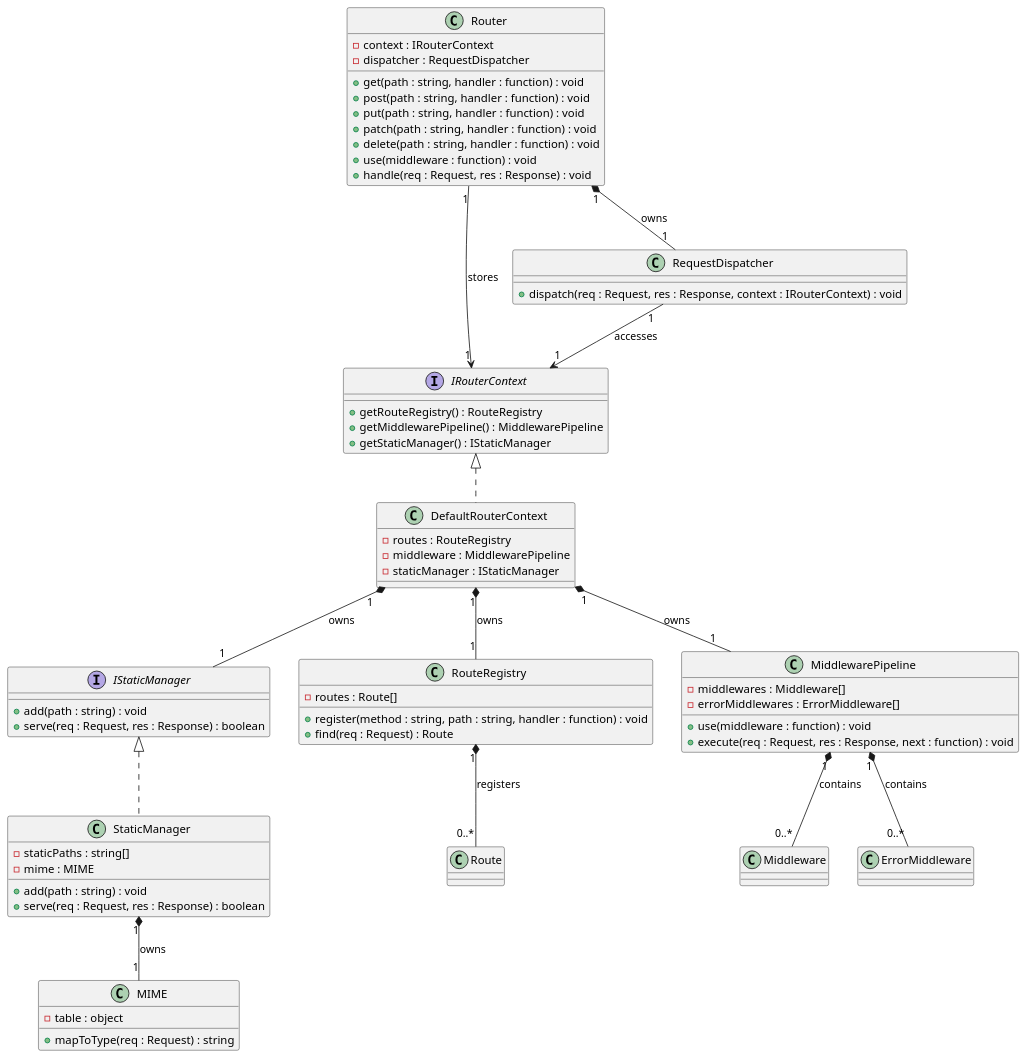
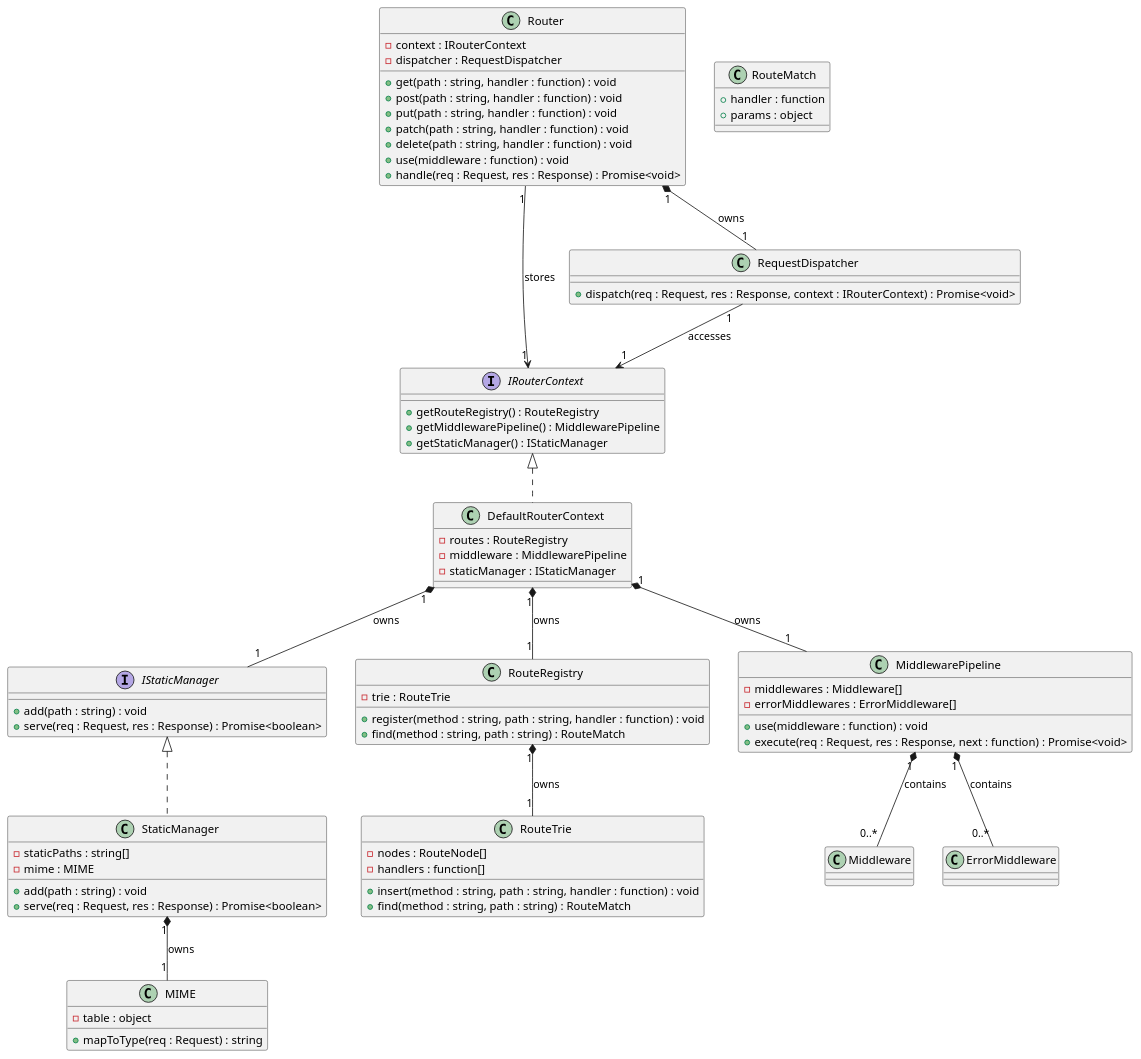
Before and after one commit to Ali-Wael-Hassan/duck-node-router: the diagram in docs/class diagrams/diagram.puml, drawn with PlantUML. The commit also changed 3 other files, not shown here.

Commit message:
Implemented: RouteTrie, RouteRegistry. Updated: class diagram

```diff
--- a/docs/class diagrams/diagram.puml
+++ b/docs/class diagrams/diagram.puml
@@ -1,84 +1,98 @@
 @startuml Router
 
 interface IRouterContext {
     {method} + getRouteRegistry() : RouteRegistry
     {method} + getMiddlewarePipeline() : MiddlewarePipeline
     {method} + getStaticManager() : IStaticManager
 }
 
 interface IStaticManager {
     {method} + add(path : string) : void
-    {method} + serve(req : Request, res : Response) : boolean
+    {method} + serve(req : Request, res : Response) : Promise<boolean>
 }
 
 class DefaultRouterContext {
     {field} - routes : RouteRegistry
     {field} - middleware : MiddlewarePipeline
     {field} - staticManager : IStaticManager
 }
 
 class Router {
     {field} - context : IRouterContext
     {field} - dispatcher : RequestDispatcher
 
     {method} + get(path : string, handler : function) : void
     {method} + post(path : string, handler : function) : void
     {method} + put(path : string, handler : function) : void
     {method} + patch(path : string, handler : function) : void
     {method} + delete(path : string, handler : function) : void
     {method} + use(middleware : function) : void
-    {method} + handle(req : Request, res : Response) : void
+    {method} + handle(req : Request, res : Response) : Promise<void>
 }
 
 class RouteRegistry {
-    {field} - routes : Route[]
+    {field} - trie : RouteTrie
 
     {method} + register(method : string, path : string, handler : function) : void
-    {method} + find(req : Request) : Route
+    {method} + find(method : string, path : string) : RouteMatch
+}
+
+class RouteTrie {
+    {field} - nodes : RouteNode[]
+    {field} - handlers : function[]
+
+    {method} + insert(method : string, path : string, handler : function) : void
+    {method} + find(method : string, path : string) : RouteMatch
 }
 
 class MiddlewarePipeline {
     {field} - middlewares : Middleware[]
     {field} - errorMiddlewares : ErrorMiddleware[]
 
     {method} + use(middleware : function) : void
-    {method} + execute(req : Request, res : Response, next : function) : void
+    {method} + execute(req : Request, res : Response, next : function) : Promise<void>
 }
 
 class StaticManager {
     {field} - staticPaths : string[]
     {field} - mime : MIME
 
     {method} + add(path : string) : void
-    {method} + serve(req : Request, res : Response) : boolean
+    {method} + serve(req : Request, res : Response) : Promise<boolean>
 }
 
 class RequestDispatcher {
-    {method} + dispatch(req : Request, res : Response, context : IRouterContext) : void
+    {method} + dispatch(req : Request, res : Response, context : IRouterContext) : Promise<void>
 }
 
 class MIME {
     {field} - table : object
 
     {method} + mapToType(req : Request) : string
+}
+
+class RouteMatch {
+    {field} + handler : function
+    {field} + params : object
 }
 
 IRouterContext <|.. DefaultRouterContext
 IStaticManager <|.. StaticManager
 
 Router "1" *-- "1" RequestDispatcher : owns
 Router "1" --> "1" IRouterContext : stores
 
 DefaultRouterContext "1" *-- "1" RouteRegistry : owns
 DefaultRouterContext "1" *-- "1" MiddlewarePipeline : owns
 DefaultRouterContext "1" *-- "1" IStaticManager : owns
 
-RouteRegistry "1" *-- "0..*" Route : registers
+RouteRegistry "1" *-- "1" RouteTrie : owns
+
 MiddlewarePipeline "1" *-- "0..*" Middleware : contains
 MiddlewarePipeline "1" *-- "0..*" ErrorMiddleware : contains
 
 StaticManager "1" *-- "1" MIME : owns
 
 RequestDispatcher "1" --> "1" IRouterContext : accesses
 
 @enduml
```
